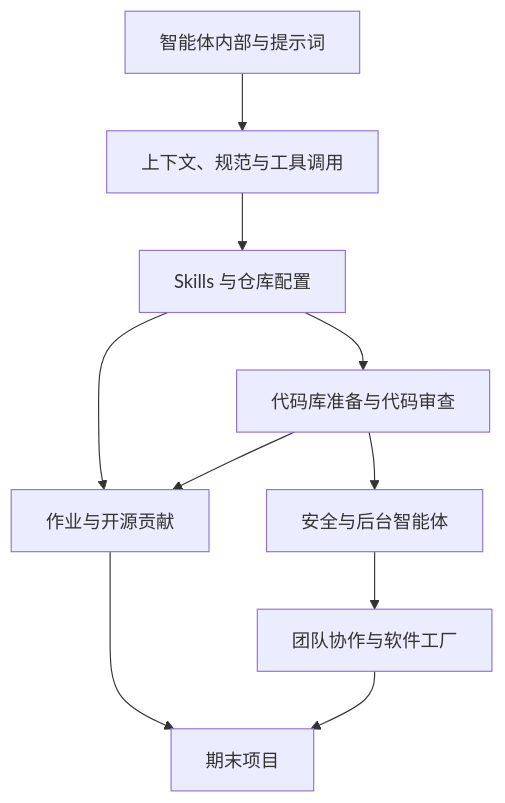
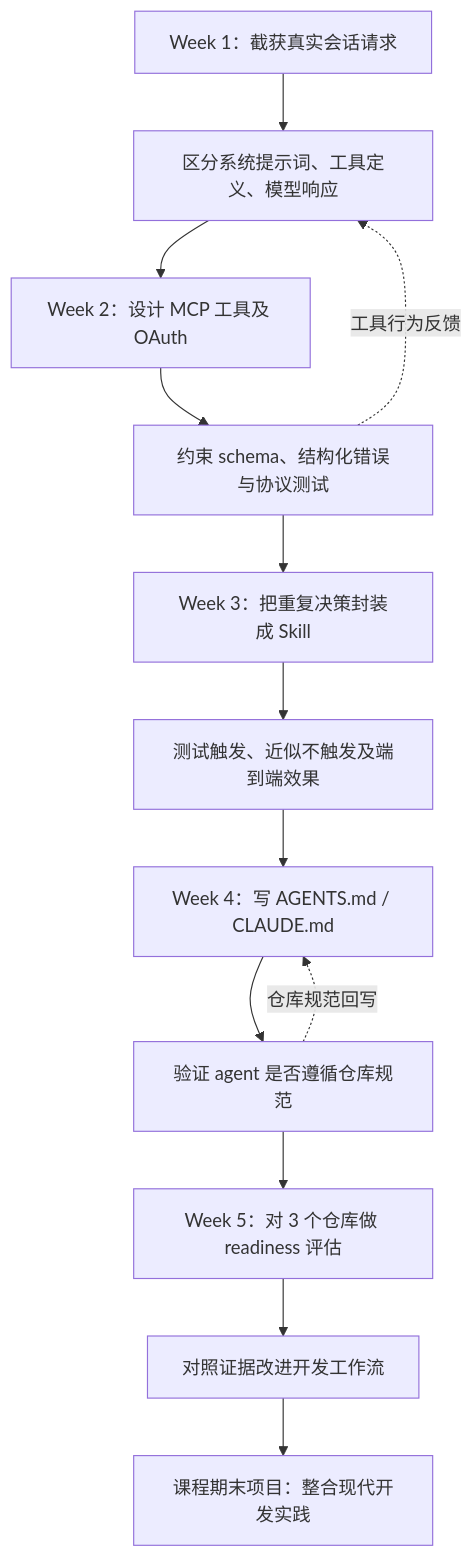
The diagram in wiki/entities/cs146s-modern-software-developer.md (ImChong/Robotics_Notebooks), drawn with Mermaid before and after one commit. The commit also changed other lines of this file, not shown here.

````diff
--- a/wiki/entities/cs146s-modern-software-developer.md
+++ b/wiki/entities/cs146s-modern-software-developer.md
@@ -33,12 +45,15 @@
 ```mermaid
 flowchart TD
-  A["智能体内部与提示词"] --> B["上下文、规范与工具调用"]
-  B --> C["Skills 与仓库配置"]
-  C --> D["代码库准备与代码审查"]
-  D --> E["安全与后台智能体"]
-  E --> F["团队协作与软件工厂"]
-  C --> G["作业与开源贡献"]
-  D --> G
-  G --> H["期末项目"]
-  F --> H
+  A["Week 1：截获真实会话请求"] --> B["区分系统提示词、工具定义、模型响应"]
+  B --> C["Week 2：设计 MCP 工具及 OAuth"]
+  C --> D["约束 schema、结构化错误与协议测试"]
+  D --> E["Week 3：把重复决策封装成 Skill"]
+  E --> F["测试触发、近似不触发及端到端效果"]
+  F --> G["Week 4：写 AGENTS.md / CLAUDE.md"]
+  G --> H["验证 agent 是否遵循仓库规范"]
+  H --> I["Week 5：对 3 个仓库做 readiness 评估"]
+  I --> J["对照证据改进开发工作流"]
+  J --> K["课程期末项目：整合现代开发实践"]
+  D -. "工具行为反馈" .-> B
+  H -. "仓库规范回写" .-> G
 ```
````
